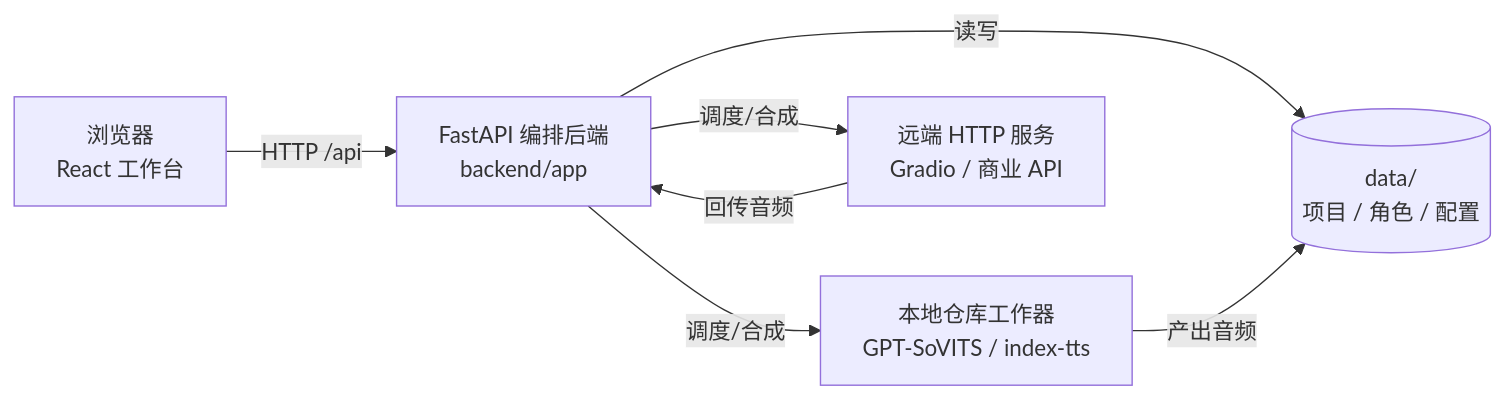
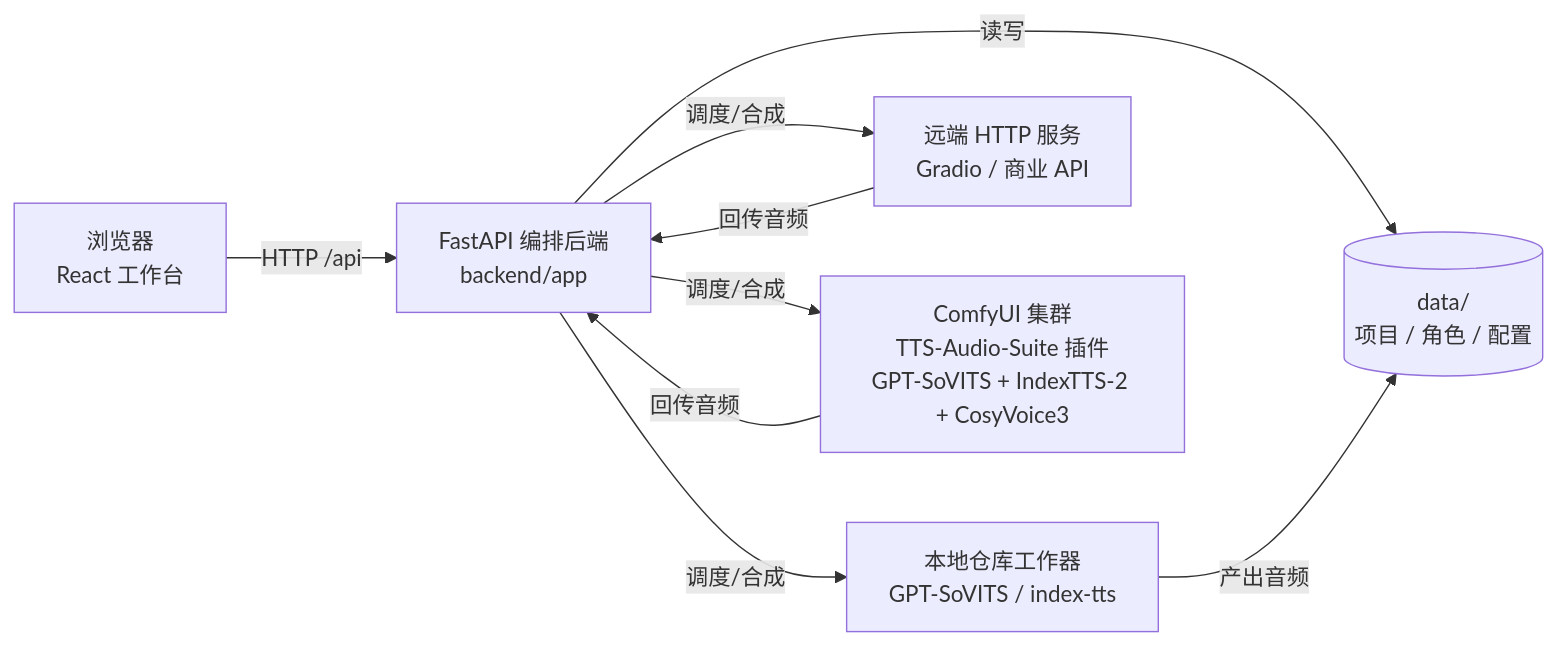
The first of 3 diagrams in docs/architecture.md (XucroYuri/TTS_more), drawn with Mermaid before and after one commit. The commit also changed other lines of this file and 3 other files, not shown here.

Commit message:
docs: add ComfyUI integration guide and update architecture/CHANGELOG

````diff
--- a/docs/architecture.md
+++ b/docs/architecture.md
@@ -7,9 +7,11 @@
 ```mermaid
 flowchart LR
     Browser[浏览器<br/>React 工作台] -- HTTP /api --> Backend[FastAPI 编排后端<br/>backend/app]
     Backend -- 调度/合成 --> LocalRepo[本地仓库工作器<br/>GPT-SoVITS / index-tts]
     Backend -- 调度/合成 --> Remote[远端 HTTP 服务<br/>Gradio / 商业 API]
+    Backend -- 调度/合成 --> ComfyUI[ComfyUI 集群<br/>TTS-Audio-Suite 插件<br/>GPT-SoVITS + IndexTTS-2 + CosyVoice3]
     Backend -- 读写 --> Data[(data/<br/>项目 / 角色 / 配置)]
     LocalRepo -- 产出音频 --> Data
     Remote -- 回传音频 --> Backend
+    ComfyUI -- 回传音频 --> Backend
 ```
````
